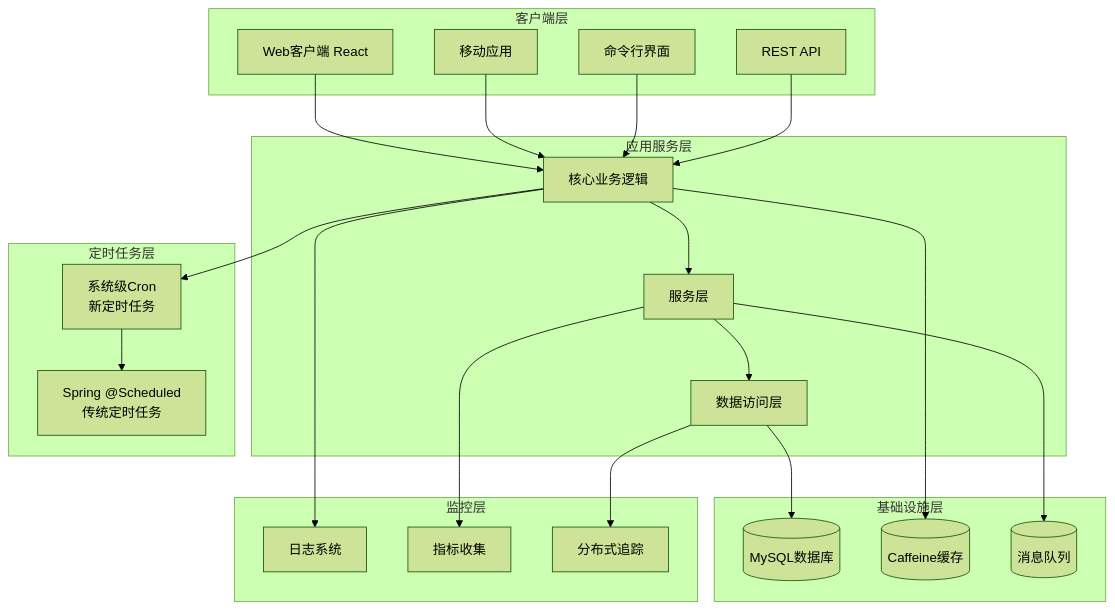
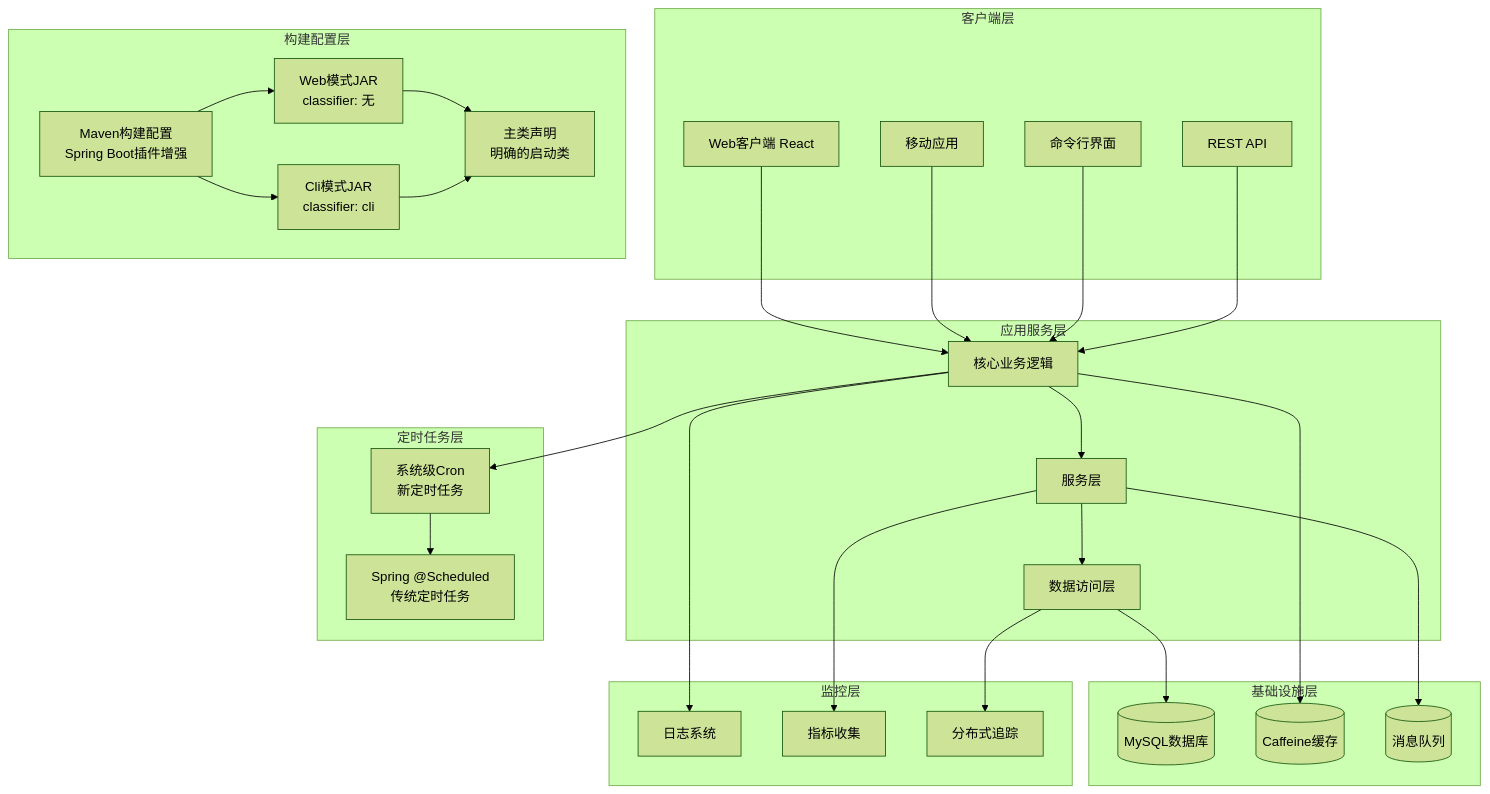
Before and after one commit to gree-coder/fund-butler: the third of 8 diagrams in .qoder/repowiki/zh/content/部署指南.md, drawn with Mermaid (forest theme). The commit also changed other lines of this file and 51 other files, not shown here.

````diff
--- a/.qoder/repowiki/zh/content/部署指南.md
+++ b/.qoder/repowiki/zh/content/部署指南.md
@@ -180,42 +195,52 @@
 ```mermaid
 graph TB
 subgraph "客户端层"
 Web[Web客户端 React]
 Mobile[移动应用]
 CLI[命令行界面]
 API[REST API]
 end
 subgraph "应用服务层"
 Core[核心业务逻辑]
 Service[服务层]
 Repository[数据访问层]
 end
 subgraph "基础设施层"
 DB[(MySQL数据库)]
 Cache[(Caffeine缓存)]
 MQ[(消息队列)]
 end
 subgraph "监控层"
 Logs[日志系统]
 Metrics[指标收集]
 Tracing[分布式追踪]
 end
 subgraph "定时任务层"
 SpringScheduler[Spring @Scheduled<br/>传统定时任务]
 SystemCron[系统级Cron<br/>新定时任务]
 end
+subgraph "构建配置层"
+Maven[Maven构建配置<br/>Spring Boot插件增强]
+WebJar[Web模式JAR<br/>classifier: 无]
+CliJar[Cli模式JAR<br/>classifier: cli]
+MainClass[主类声明<br/>明确的启动类]
+end
 Web --> Core
 Mobile --> Core
 CLI --> Core
 API --> Core
 Core --> Service
 Service --> Repository
 Repository --> DB
 Core --> Cache
 Service --> MQ
 Core --> Logs
 Service --> Metrics
 Repository --> Tracing
 Core --> SystemCron
 SystemCron --> SpringScheduler
+Maven --> WebJar
+Maven --> CliJar
+WebJar --> MainClass
+CliJar --> MainClass
 ```
````
